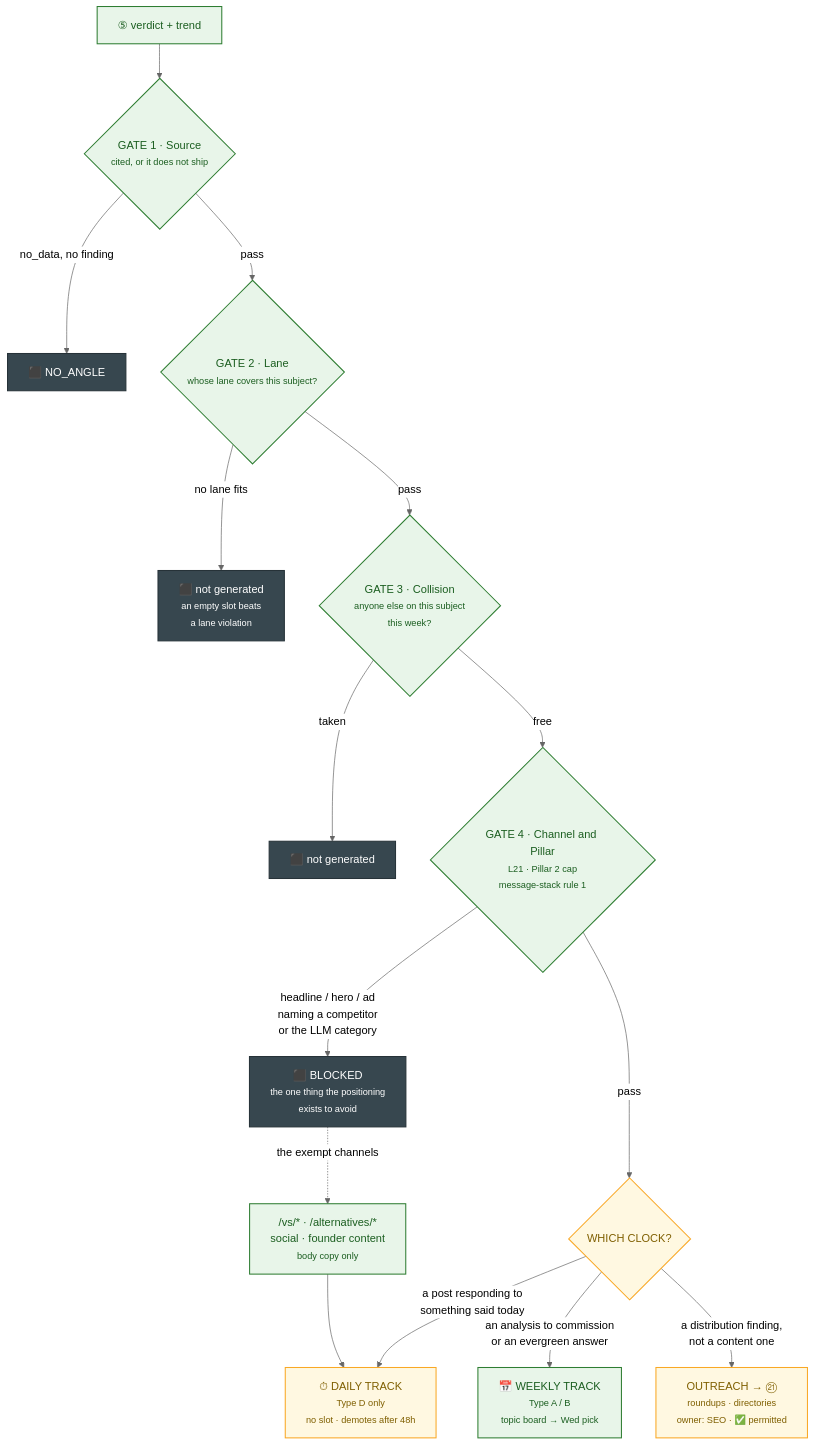
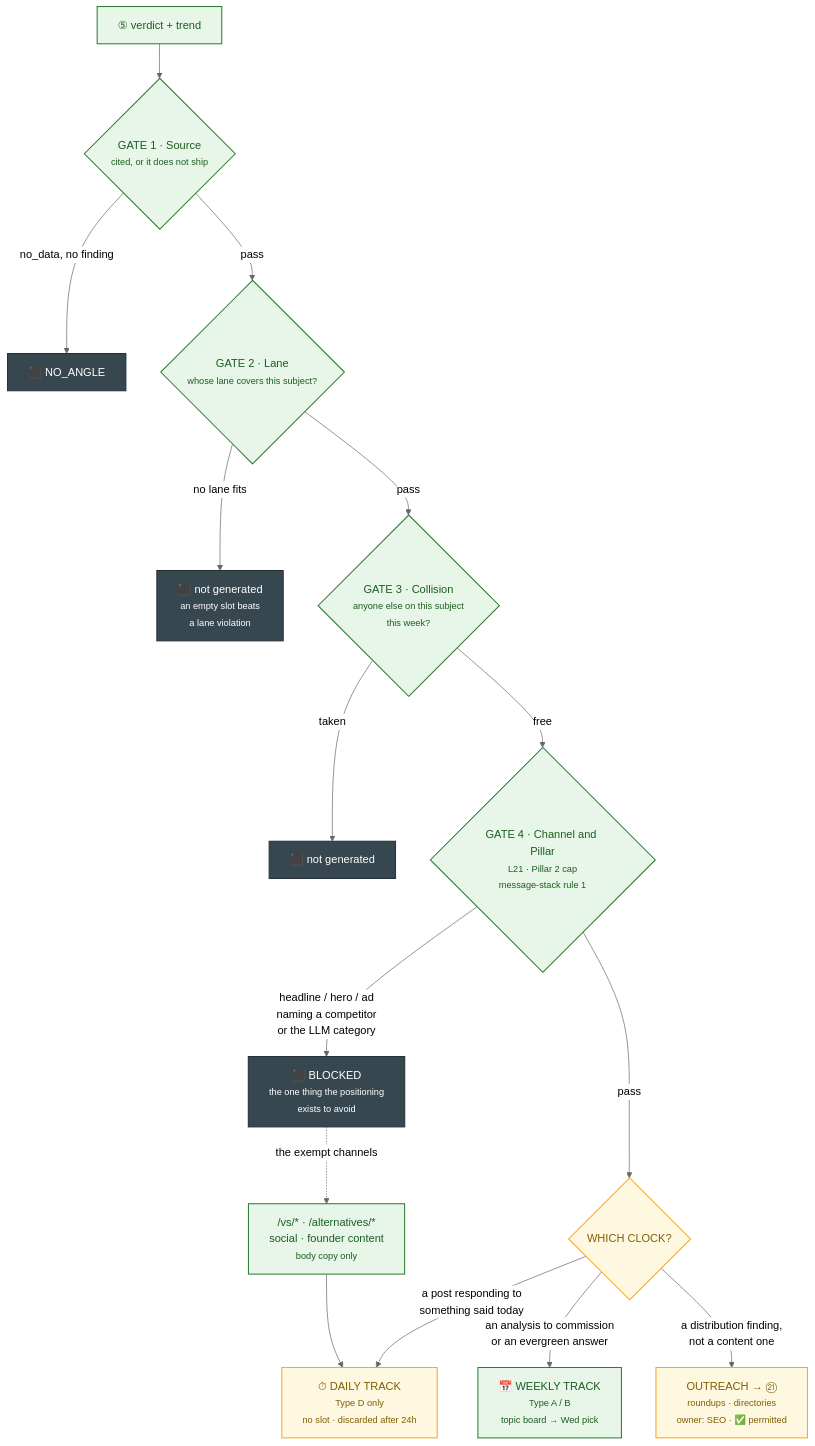
Before and after one commit to rathishreya/Caspr: the sixth of 24 diagrams in docs/gtm/content-engine-flowchart.md, drawn with Mermaid (neutral theme). The commit also changed other lines of this file and 36 other files, not shown here.

First line of the commit message:
Add the platforms we post to, the 24-hour daily window, and the images

````diff
--- a/docs/gtm/content-engine-flowchart.md
+++ b/docs/gtm/content-engine-flowchart.md
@@ -409,33 +409,33 @@
 ```mermaid
 flowchart TD
     IN["⑤ verdict + trend"] --> G1{"GATE 1 · Source<br/><small>cited, or it does not ship</small>"}
     G1 -->|"no_data, no finding"| X1["⬛ NO_ANGLE"]
     G1 -->|"pass"| G2
 
     G2{"GATE 2 · Lane<br/><small>whose lane covers this subject?</small>"}
     G2 -->|"no lane fits"| X2["⬛ not generated<br/><small>an empty slot beats<br/>a lane violation</small>"]
     G2 -->|"pass"| G3
 
     G3{"GATE 3 · Collision<br/><small>anyone else on this subject<br/>this week?</small>"}
     G3 -->|"taken"| X3["⬛ not generated"]
     G3 -->|"free"| G4
 
     G4{"GATE 4 · Channel and Pillar<br/><small>L21 · Pillar 2 cap<br/>message-stack rule 1</small>"}
     G4 -->|"headline / hero / ad<br/>naming a competitor<br/>or the LLM category"| X4["⬛ BLOCKED<br/><small>the one thing the positioning<br/>exists to avoid</small>"]
     G4 -->|"pass"| ROUTE
 
     ROUTE{"WHICH CLOCK?"}
-    ROUTE -->|"a post responding to<br/>something said today"| D["⏱ DAILY TRACK<br/><small>Type D only<br/>no slot · demotes after 48h</small>"]
+    ROUTE -->|"a post responding to<br/>something said today"| D["⏱ DAILY TRACK<br/><small>Type D only<br/>no slot · discarded after 24h</small>"]
     ROUTE -->|"an analysis to commission<br/>or an evergreen answer"| W["📅 WEEKLY TRACK<br/><small>Type A / B<br/>topic board → Wed pick</small>"]
     ROUTE -->|"a distribution finding,<br/>not a content one"| O["OUTREACH → ㉑<br/><small>roundups · directories<br/>owner: SEO · ✅ permitted</small>"]
 
     X4 -.->|"the exempt channels"| EX["/vs/* · /alternatives/*<br/>social · founder content<br/><small>body copy only</small>"]
     EX --> D
 
     classDef joy fill:#e8f5e9,stroke:#2e7d32,stroke-width:1.5px,color:#1b5e20
     classDef new fill:#fff8e1,stroke:#f9a825,stroke-width:1.5px,color:#7f5f00
     classDef stop fill:#37474f,stroke:#263238,stroke-width:1.5px,color:#ffffff
     class IN,G1,G2,G3,G4,W,EX joy
     class ROUTE,D,O new
     class X1,X2,X3,X4 stop
 ```
````
